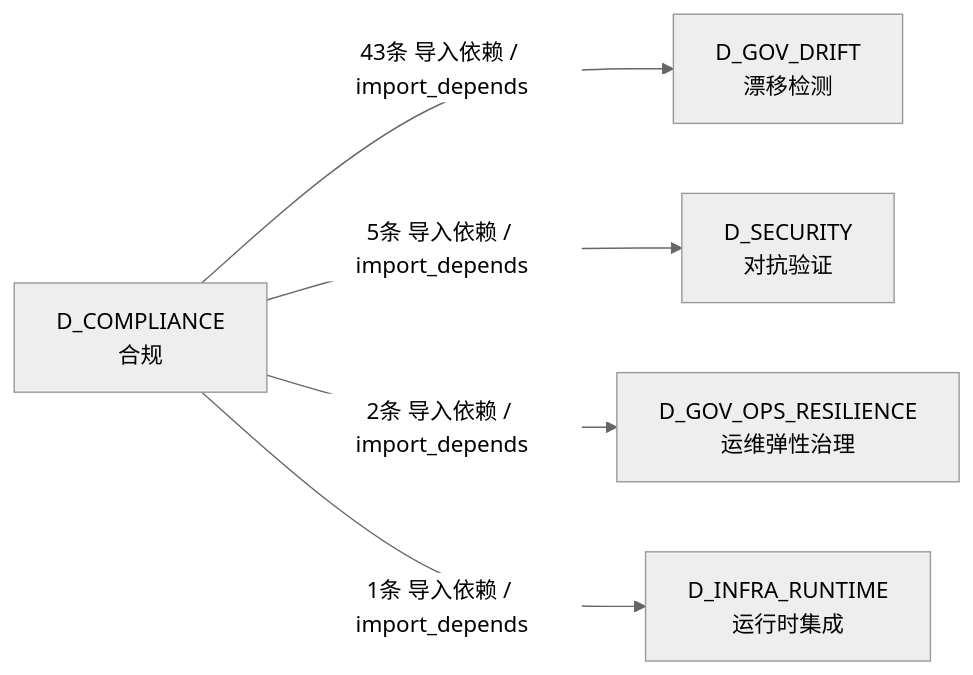
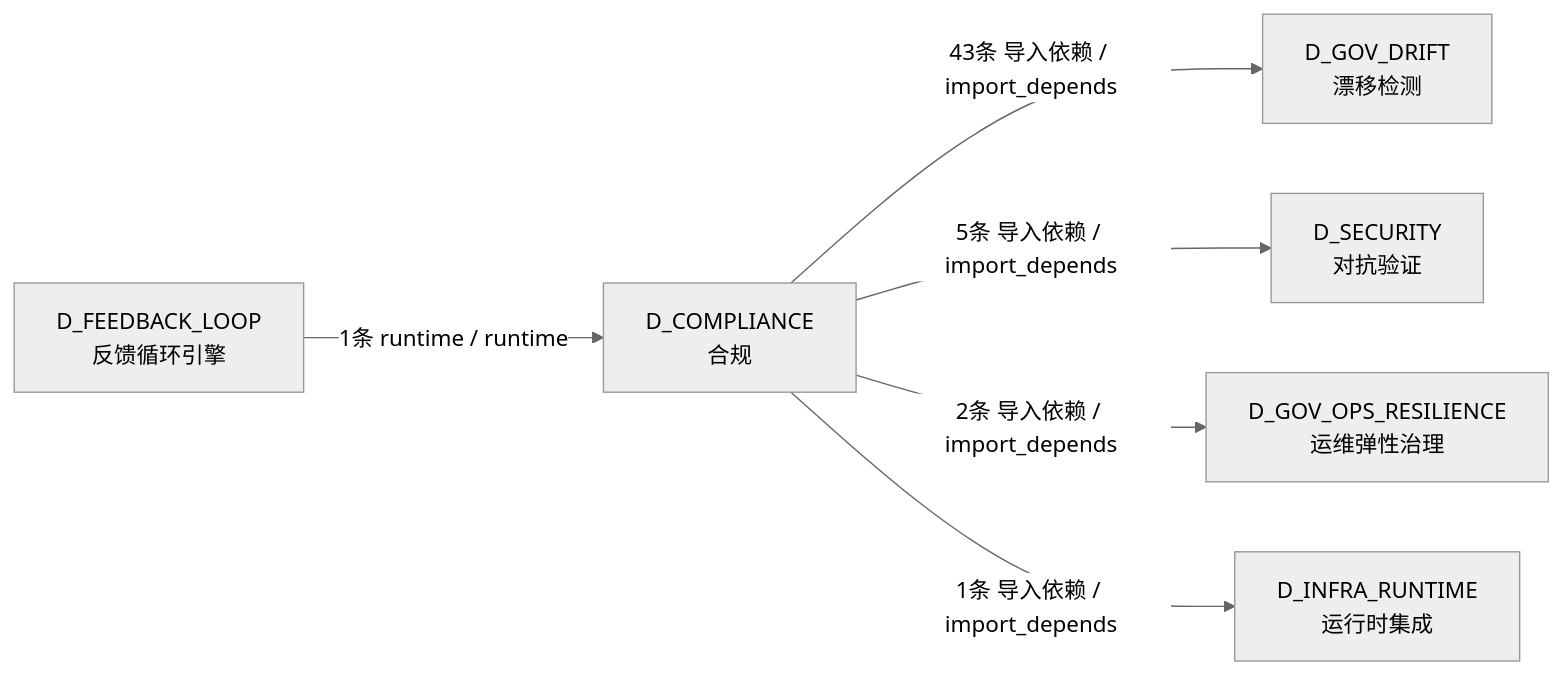
Before and after one commit to xuanFelixVan/ZephyrAlpha: the third of 3 diagrams in docs/02_enterprise_architecture/02_domain_architecture_docs/60_d_compliance.md, drawn with Mermaid (neutral theme). The commit also changed other lines of this file and 81 other files, not shown here.

````diff
--- a/docs/02_enterprise_architecture/02_domain_architecture_docs/60_d_compliance.md
+++ b/docs/02_enterprise_architecture/02_domain_architecture_docs/60_d_compliance.md
@@ -225,12 +231,14 @@
 ```mermaid
 graph LR
     D_COMPLIANCE["D_COMPLIANCE<br/>合规"]
     D_GOV_DRIFT["D_GOV_DRIFT<br/>漂移检测"]
     D_SECURITY["D_SECURITY<br/>对抗验证"]
     D_GOV_OPS_RESILIENCE["D_GOV_OPS_RESILIENCE<br/>运维弹性治理"]
     D_INFRA_RUNTIME["D_INFRA_RUNTIME<br/>运行时集成"]
+    D_FEEDBACK_LOOP["D_FEEDBACK_LOOP<br/>反馈循环引擎"]
     D_COMPLIANCE -->|43条 导入依赖 / import_depends| D_GOV_DRIFT
     D_COMPLIANCE -->|5条 导入依赖 / import_depends| D_SECURITY
     D_COMPLIANCE -->|2条 导入依赖 / import_depends| D_GOV_OPS_RESILIENCE
     D_COMPLIANCE -->|1条 导入依赖 / import_depends| D_INFRA_RUNTIME
+    D_FEEDBACK_LOOP -->|1条 runtime / runtime| D_COMPLIANCE
 ```
````
